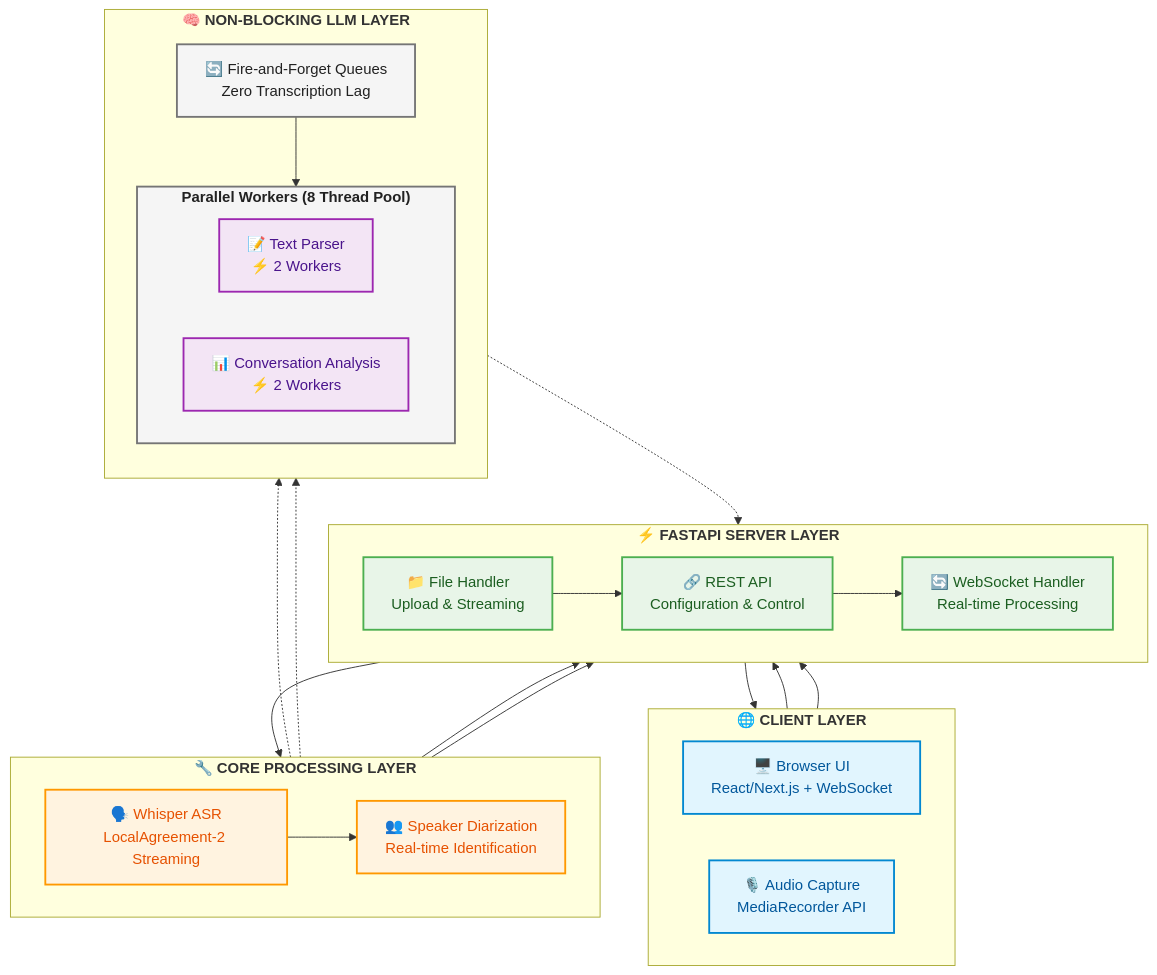
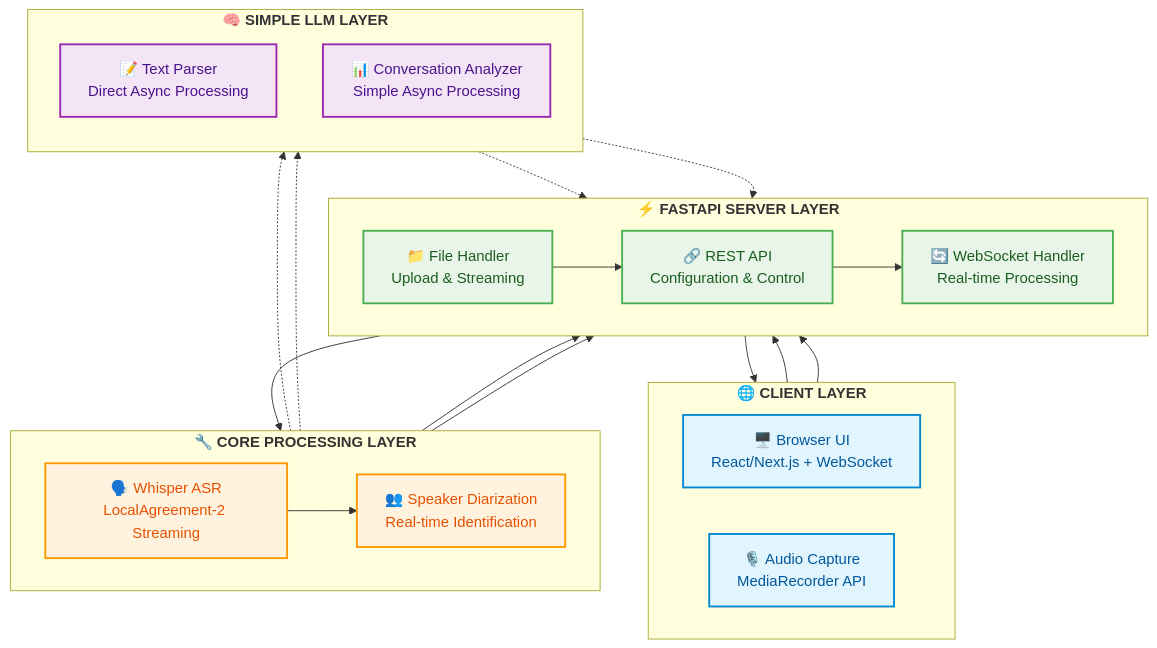
Before and after one commit to teron131/AudioInsight: the diagram in README.md, drawn with Mermaid. The commit also changed other lines of this file and 8 other files, not shown here.

````diff
--- a/README.md
+++ b/README.md
@@ -73,64 +73,58 @@
 ```mermaid
 flowchart TD
     subgraph Client["<b>🌐 CLIENT LAYER</b>"]
         direction LR
         Browser["🖥️ Browser UI<br/>React/Next.js + WebSocket"]
         Audio["🎙️ Audio Capture<br/>MediaRecorder API"]
     end
 
     subgraph Server["<b>⚡ FASTAPI SERVER LAYER</b>"]
         direction LR
         WS["🔄 WebSocket Handler<br/>Real-time Processing"]
         Files["📁 File Handler<br/>Upload & Streaming"]
         API["🔗 REST API<br/>Configuration & Control"]
     end
 
     subgraph Core["<b>🔧 CORE PROCESSING LAYER</b>"]
         direction LR
         ASR["🗣️ Whisper ASR<br/>LocalAgreement-2 Streaming"]
         Diarization["👥 Speaker Diarization<br/>Real-time Identification"]
     end
 
-    subgraph LLM["<b>🧠 NON-BLOCKING LLM LAYER</b>"]
+    subgraph LLM["<b>🧠 SIMPLE LLM LAYER</b>"]
         direction TB
-        Queue["🔄 Fire-and-Forget Queues<br/>Zero Transcription Lag"]
-        subgraph Workers["<b>Parallel Workers (8 Thread Pool)</b>"]
-            direction LR
-            Parser["📝 Text Parser<br/>⚡ 2 Workers"]
-            Analyzer["📊 Conversation Analysis<br/>⚡ 2 Workers"]
-        end
+        Parser["📝 Text Parser<br/>Direct Async Processing"]
+        Analyzer["📊 Conversation Analyzer<br/>Simple Async Processing"]
     end
 
     %% Main processing flow (solid arrows)
     Browser --> WS
     Audio --> WS
     Files --> API
     API --> WS
     WS --> ASR
     ASR --> Diarization
 
-    %% Non-blocking LLM flow (dashed arrows)
-    ASR -.-> Queue
-    Diarization -.-> Queue
-    Queue --> Workers
+    %% Simple LLM flow (dashed arrows)
+    ASR -.-> Parser
+    Diarization -.-> Analyzer
 
     %% Output flow
     ASR --> WS
     Diarization --> WS
-    Workers -.-> WS
+    Parser -.-> WS
+    Analyzer -.-> WS
     WS --> Browser
 
     %% Meaningful color categorization
     classDef frontend fill:#E1F5FE,stroke:#0288D1,stroke-width:2px,color:#01579B
     classDef communication fill:#E8F5E8,stroke:#4CAF50,stroke-width:2px,color:#1B5E20
     classDef processing fill:#FFF3E0,stroke:#FF9800,stroke-width:2px,color:#E65100
     classDef intelligence fill:#F3E5F5,stroke:#9C27B0,stroke-width:2px,color:#4A148C
-    classDef infrastructure fill:#F5F5F5,stroke:#757575,stroke-width:2px,color:#212121
 
     %% Apply colors by function
     class Browser,Audio frontend
     class WS,Files,API communication
     class ASR,Diarization processing
     class Parser,Analyzer intelligence
-    class Queue,Workers infrastructure
 ```
````
